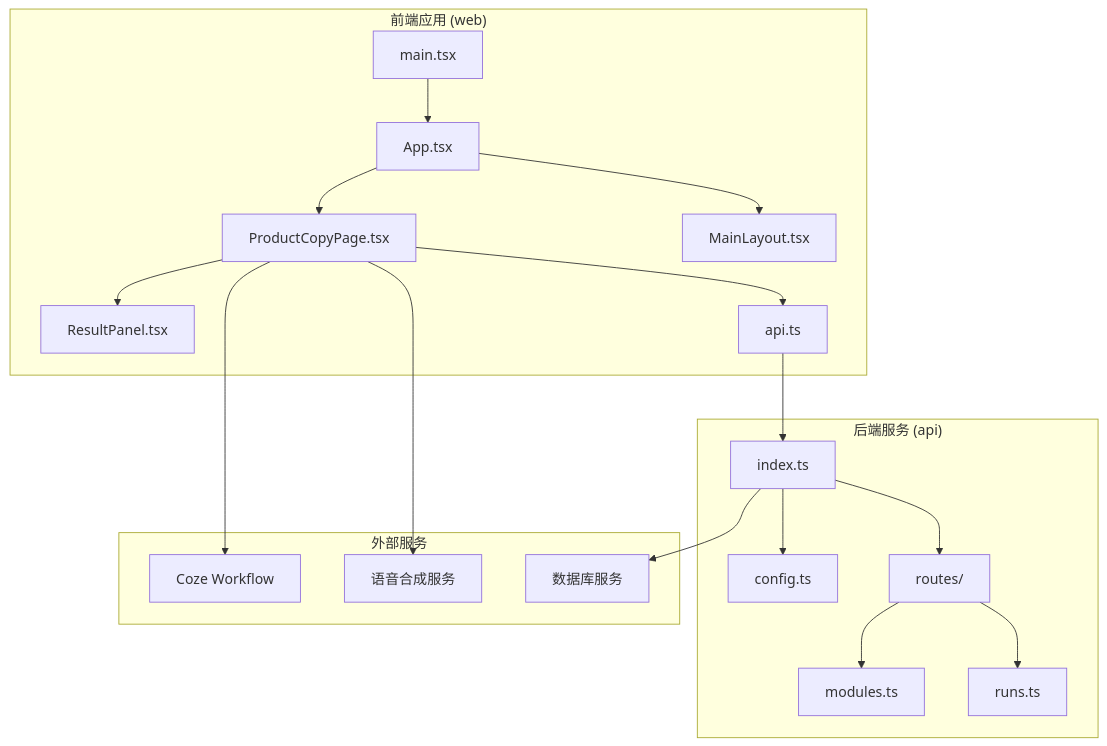
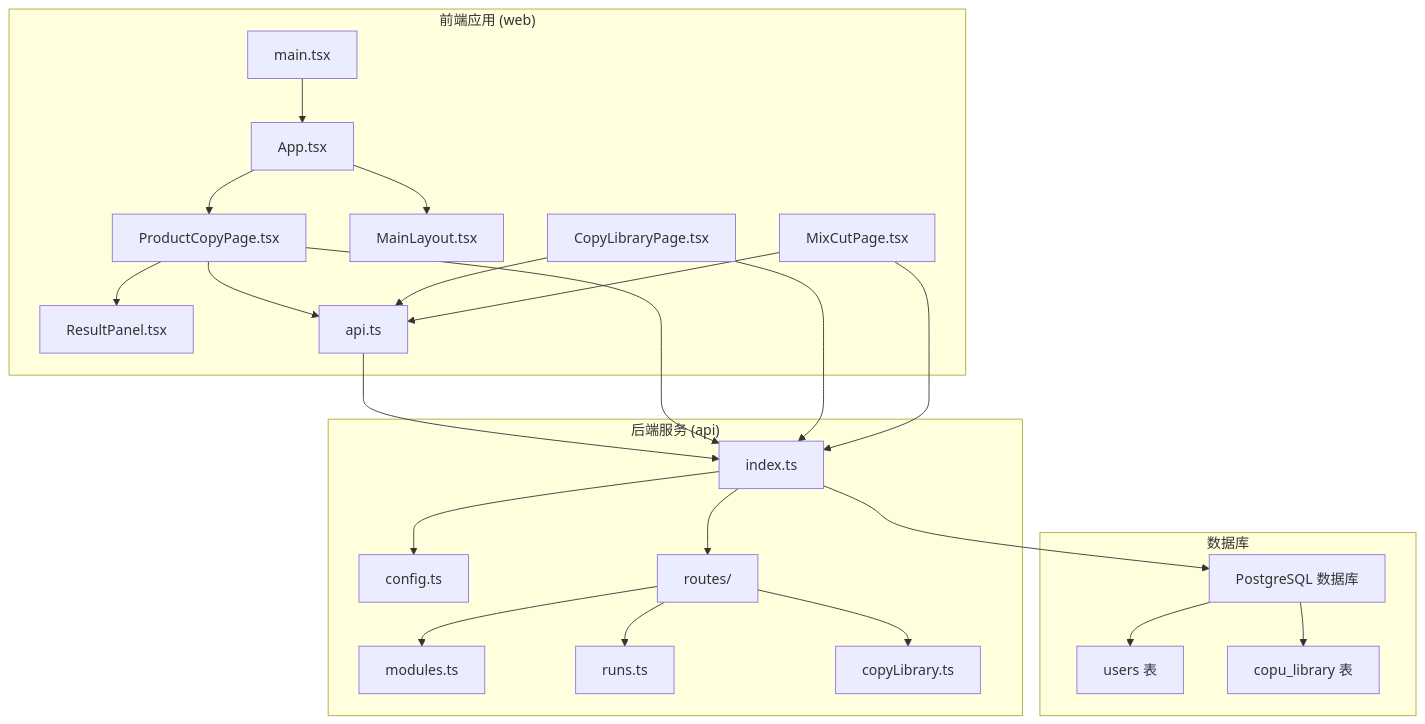
Before and after one commit to hanksd769-droid/sailshub: the first of 8 diagrams in .qoder/repowiki/zh/content/Product Copy Page.md, drawn with Mermaid. The commit also changed other lines of this file and 6 other files, not shown here.

````diff
--- a/.qoder/repowiki/zh/content/Product Copy Page.md
+++ b/.qoder/repowiki/zh/content/Product Copy Page.md
@@ -58,25 +68,31 @@
 ```mermaid
 graph TB
 subgraph "前端应用 (web)"
 A[main.tsx] --> B[App.tsx]
 B --> C[ProductCopyPage.tsx]
 B --> D[MainLayout.tsx]
 C --> E[ResultPanel.tsx]
 C --> F[api.ts]
+G[CopyLibraryPage.tsx] --> F
+H[MixCutPage.tsx] --> F
 end
 subgraph "后端服务 (api)"
-G[index.ts] --> H[config.ts]
-G --> I[routes/]
-I --> J[modules.ts]
-I --> K[runs.ts]
+I[index.ts] --> J[config.ts]
+I --> K[routes/]
+K --> L[modules.ts]
+K --> M[runs.ts]
+K --> N[copyLibrary.ts]
 end
-subgraph "外部服务"
-M[Coze Workflow]
-N[语音合成服务]
-O[数据库服务]
+subgraph "数据库"
+O[PostgreSQL 数据库]
+P[users 表]
+Q[copu_library 表]
 end
-F --> G
-C --> M
-C --> N
-G --> O
+F --> I
+C --> I
+G --> I
+H --> I
+I --> O
+O --> P
+O --> Q
 ```
````
